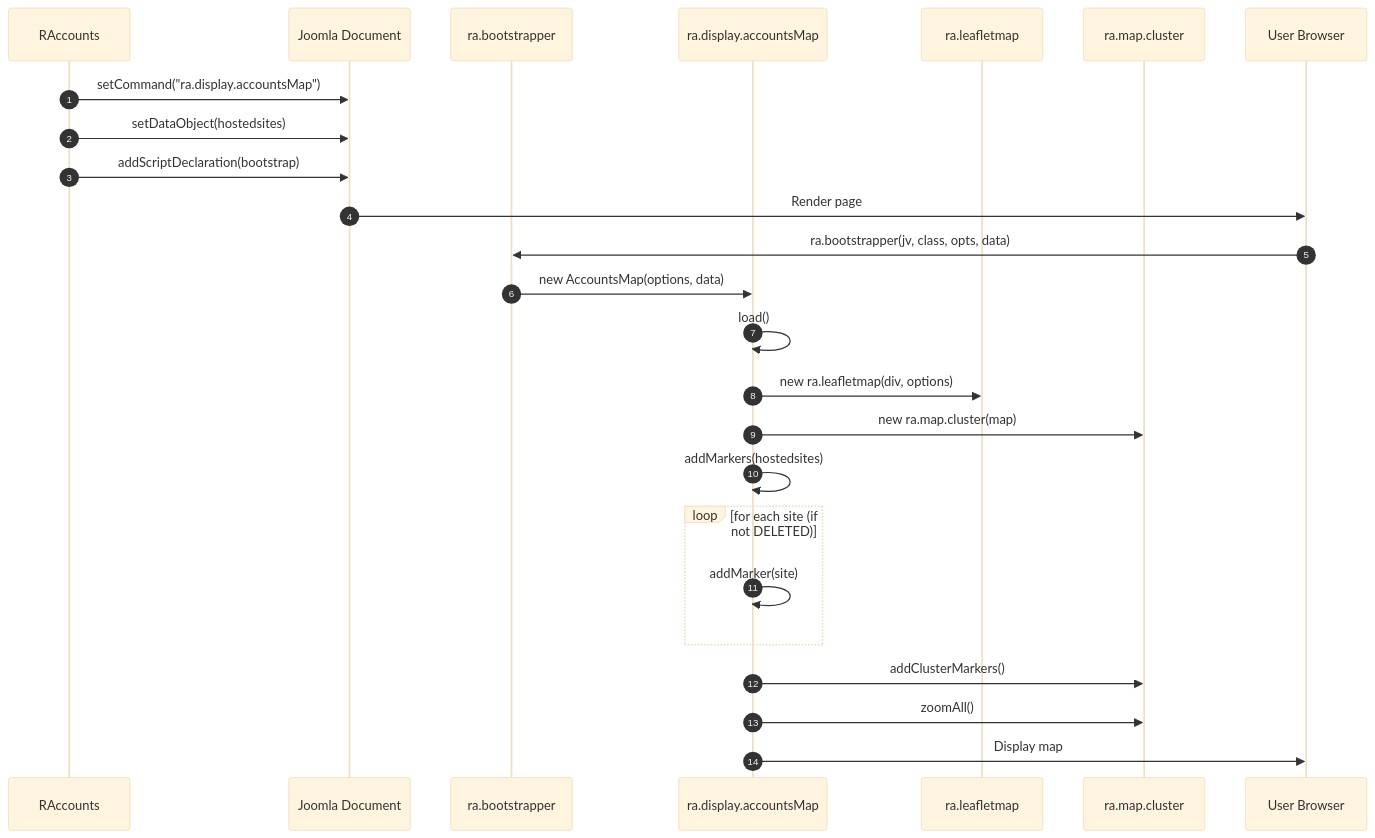
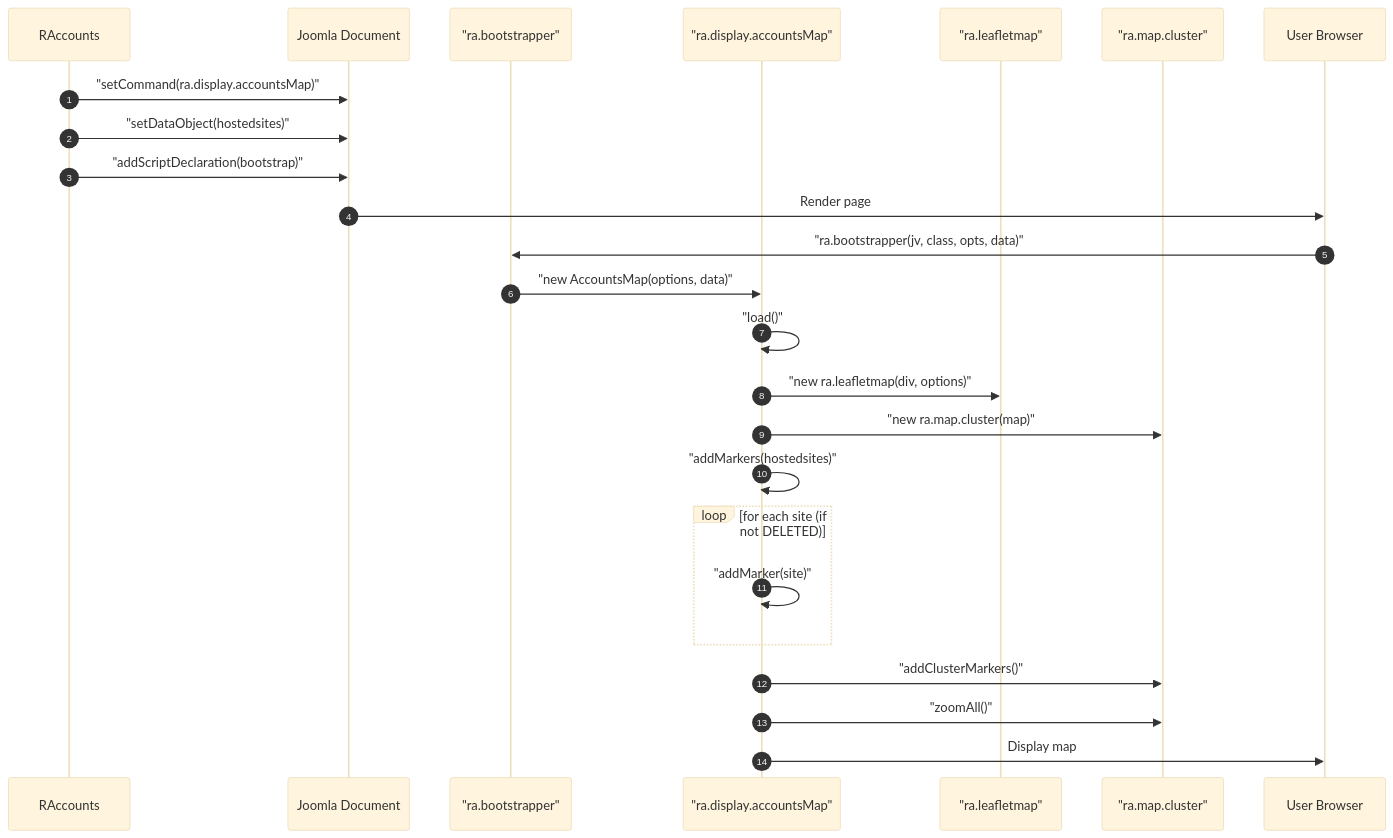
Before and after one commit to pauljrhodes/ramblers-library: the second of 3 diagrams in media/accounts/HLD.md, drawn with Mermaid (base theme). The commit also changed other lines of this file and 33 other files, not shown here.

First line of the commit message:
Normalize Mermaid diagrams for GitHub rendering (#13)

````diff
--- a/media/accounts/HLD.md
+++ b/media/accounts/HLD.md
@@ -80,28 +80,28 @@
 ```mermaid
 sequenceDiagram
     autonumber
     participant PHP as RAccounts
     participant Doc as Joomla Document
-    participant Bootstrap as ra.bootstrapper
-    participant AccountsMap as ra.display.accountsMap
-    participant LeafletMap as ra.leafletmap
-    participant Cluster as ra.map.cluster
+    participant Bootstrap as "ra.bootstrapper"
+    participant AccountsMap as "ra.display.accountsMap"
+    participant LeafletMap as "ra.leafletmap"
+    participant Cluster as "ra.map.cluster"
     participant User as User Browser
 
-    PHP->>Doc: setCommand("ra.display.accountsMap")
-    PHP->>Doc: setDataObject(hostedsites)
-    PHP->>Doc: addScriptDeclaration(bootstrap)
+    PHP->>Doc: "setCommand(ra.display.accountsMap)"
+    PHP->>Doc: "setDataObject(hostedsites)"
+    PHP->>Doc: "addScriptDeclaration(bootstrap)"
     Doc->>User: Render page
-    User->>Bootstrap: ra.bootstrapper(jv, class, opts, data)
-    Bootstrap->>AccountsMap: new AccountsMap(options, data)
-    AccountsMap->>AccountsMap: load()
-    AccountsMap->>LeafletMap: new ra.leafletmap(div, options)
-    AccountsMap->>Cluster: new ra.map.cluster(map)
-    AccountsMap->>AccountsMap: addMarkers(hostedsites)
+    User->>Bootstrap: "ra.bootstrapper(jv, class, opts, data)"
+    Bootstrap->>AccountsMap: "new AccountsMap(options, data)"
+    AccountsMap->>AccountsMap: "load()"
+    AccountsMap->>LeafletMap: "new ra.leafletmap(div, options)"
+    AccountsMap->>Cluster: "new ra.map.cluster(map)"
+    AccountsMap->>AccountsMap: "addMarkers(hostedsites)"
     loop for each site (if not DELETED)
-        AccountsMap->>AccountsMap: addMarker(site)
+        AccountsMap->>AccountsMap: "addMarker(site)"
     end
-    AccountsMap->>Cluster: addClusterMarkers()
-    AccountsMap->>Cluster: zoomAll()
+    AccountsMap->>Cluster: "addClusterMarkers()"
+    AccountsMap->>Cluster: "zoomAll()"
     AccountsMap->>User: Display map
 ```
````
